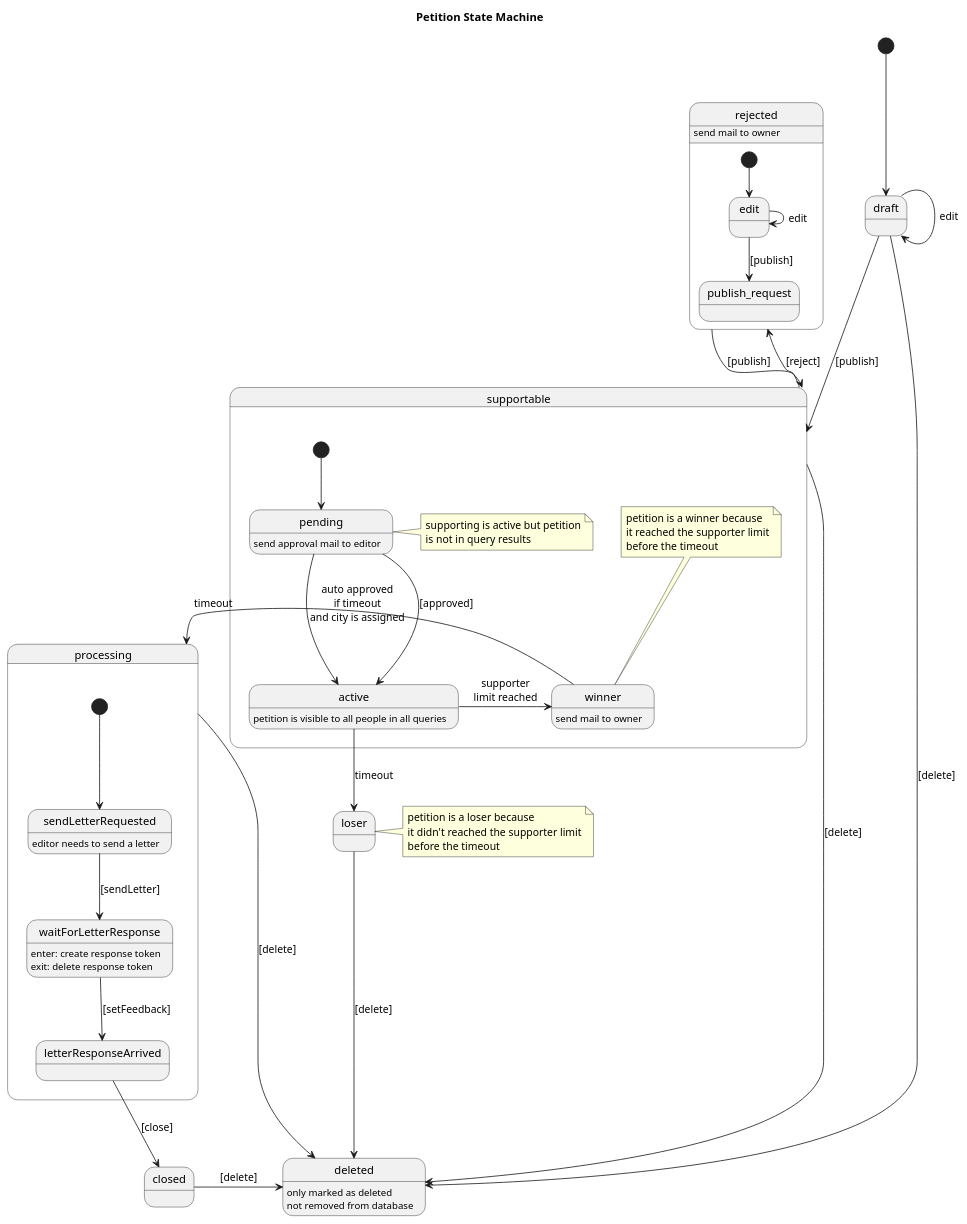
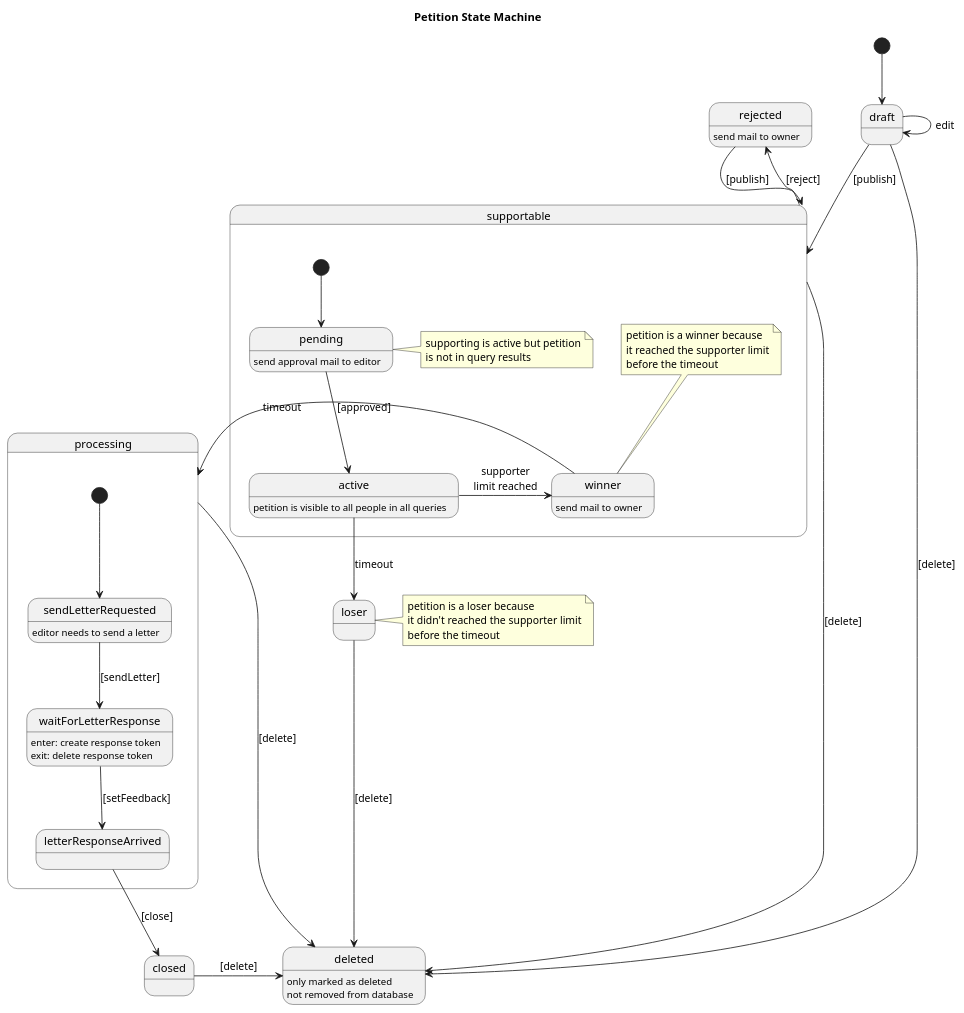
Before and after one commit to iris-dni/iris-service: the diagram in docs/petition-management.rst, drawn with PlantUML. The commit also changed 23 other files, not shown here.

```diff
--- a/docs/petition-management.rst
+++ b/docs/petition-management.rst
@@ -24,65 +24,58 @@
 .. uml::
 
     @startuml
 
     Title "Petition State Machine"
 
     [*] --> draft
     draft --> draft : edit
     draft --> supportable : [publish]
 
     supportable -up-> rejected : [reject]
     supportable -> deleted : [delete]
 
     rejected --> supportable : [publish]
+    rejected : send mail to owner
 
     draft --> deleted : [delete]
     loser --> deleted : [delete]
     closed -> deleted : [delete]
     processing -> deleted : [delete]
 
     state deleted {
     }
     deleted : only marked as deleted
     deleted : not removed from database
 
-    state rejected {
-        [*] --> edit
-        edit -> edit : edit
-        edit --> publish_request : [publish]
-    }
-    rejected : send mail to owner
-
     state loser {
     }
     note right of loser : petition is a loser because\nit didn't reached the supporter limit\nbefore the timeout
 
     state supportable {
       [*] --> pending
       pending : send approval mail to editor
       note right of pending : supporting is active but petition\nis not in query results
       pending --> active : [approved]
       active : petition is visible to all people in all queries
-      pending --> active : auto approved\nif timeout\nand city is assigned
       active --> loser : timeout
       active -right-> winner : supporter\nlimit reached
       
       winner : send mail to owner
       note top of winner : petition is a winner because\nit reached the supporter limit\nbefore the timeout
 
       winner -> processing : timeout
     }
 
     state processing {
         [*] --> sendLetterRequested
         sendLetterRequested : editor needs to send a letter
         sendLetterRequested --> waitForLetterResponse : [sendLetter]
         waitForLetterResponse : enter: create response token
         waitForLetterResponse : exit: delete response token
         waitForLetterResponse --> letterResponseArrived : [setFeedback]
         letterResponseArrived --> closed : [close]
     }
 
     state closed {
     }
     @enduml
```
